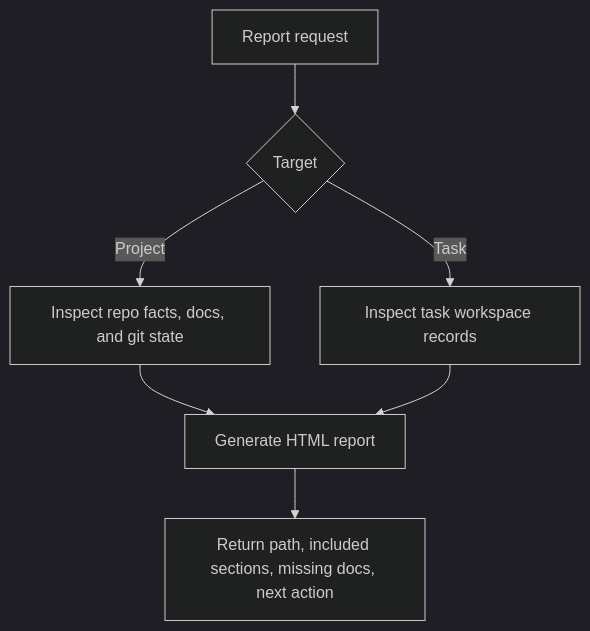
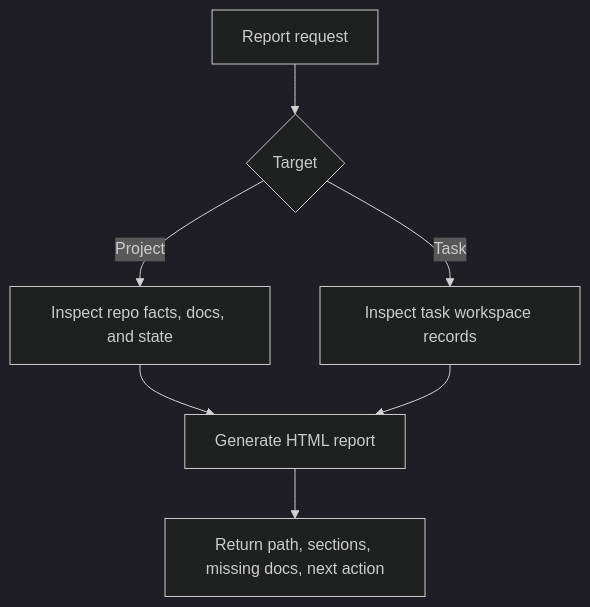
The third of 4 diagrams in README.md (siyrs/dev-baseline), drawn with Mermaid (dark theme) before and after one commit. The commit also changed other lines of this file, not shown here.

Commit message:
docs: update readme with compact task flow

````diff
--- a/README.md
+++ b/README.md
@@ -83,9 +90,9 @@
 ```mermaid
 flowchart TD
   A[Report request] --> B{Target}
-  B -->|Project| C[Inspect repo facts, docs, and git state]
+  B -->|Project| C[Inspect repo facts, docs, and state]
   B -->|Task| D[Inspect task workspace records]
   C --> E[Generate HTML report]
   D --> E
-  E --> F[Return path, included sections, missing docs, next action]
+  E --> F[Return path, sections, missing docs, next action]
 ```
````
